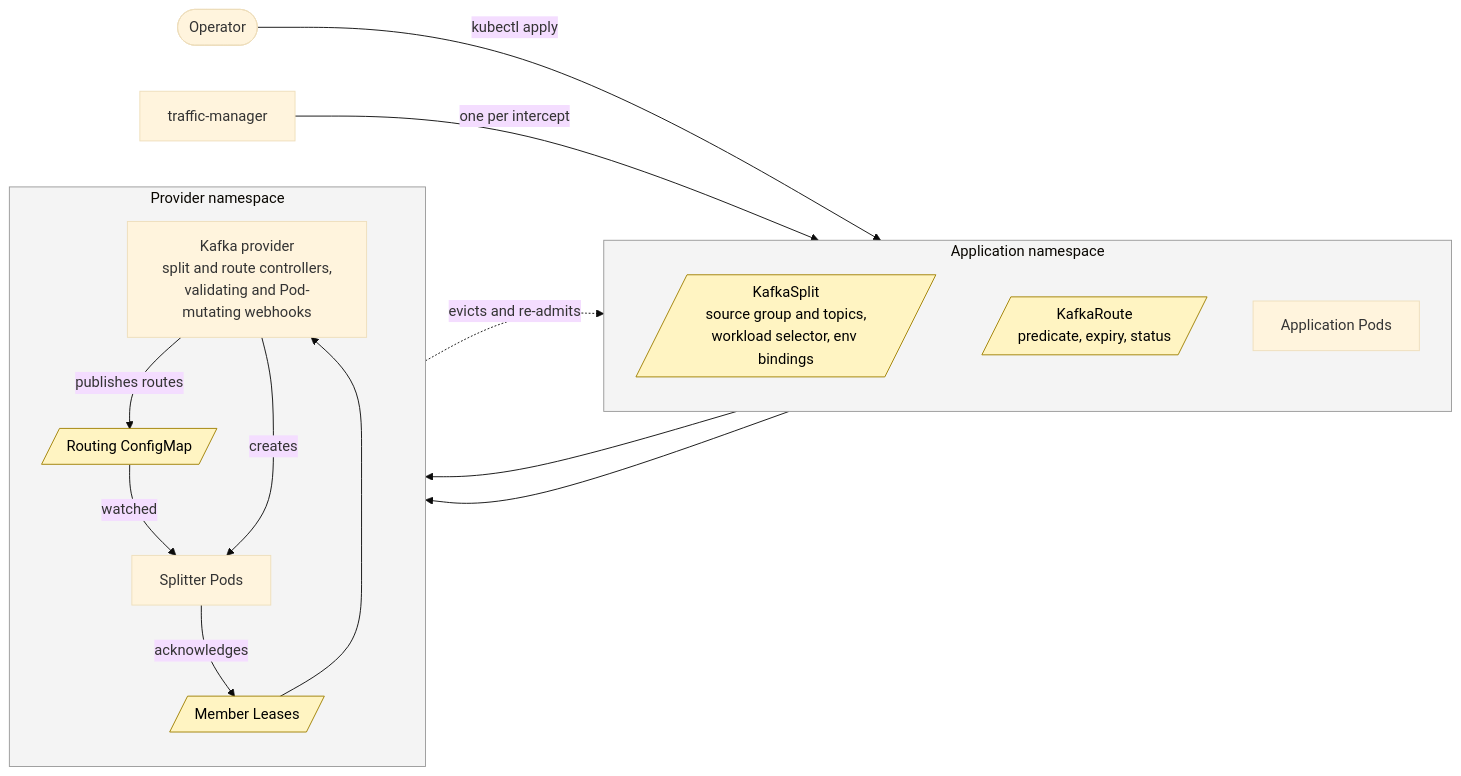
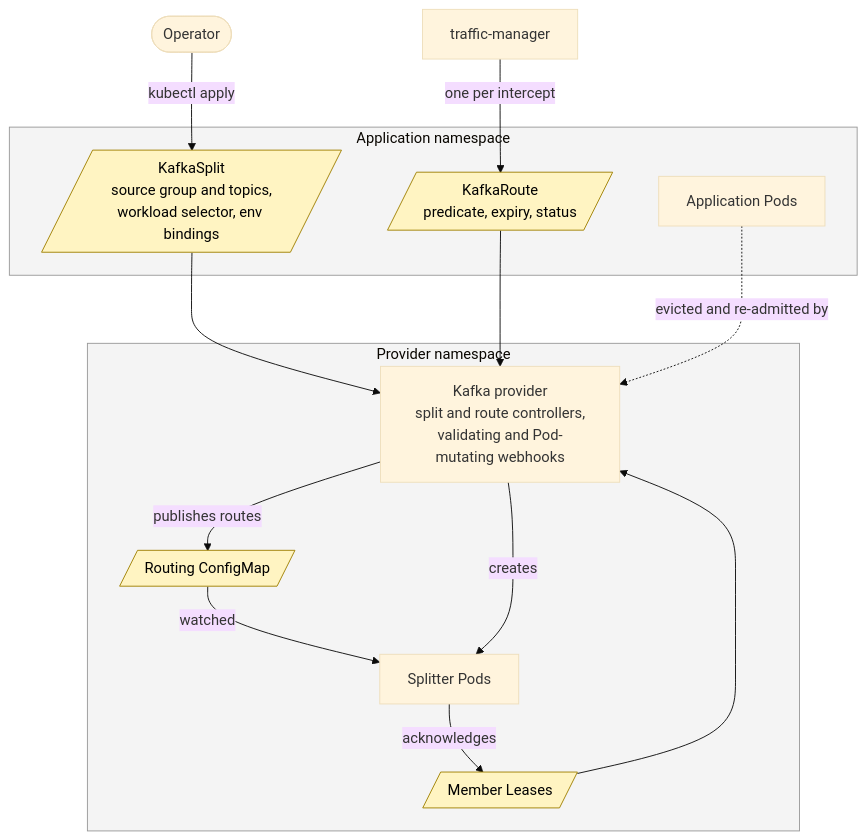
One commit to telepresenceio/telepresence changed the second of 5 diagrams in docs/concepts/kafka-intercepts.md. Above: the diagram before and after it, drawn with Mermaid (base theme). The commit also changed other lines of this file, not shown here.

Commit message:
Lay out the Kafka concept diagrams top-down

````diff
--- a/docs/concepts/kafka-intercepts.md
+++ b/docs/concepts/kafka-intercepts.md
@@ -56,33 +56,31 @@
 ```mermaid
-flowchart LR
+flowchart TB
   op([Operator]) -- "kubectl apply" --> split
   tm["traffic-manager"] -- "one per intercept" --> route
 
   subgraph appns["Application namespace"]
-    direction TB
-    app["Application Pods"]
     split[/"KafkaSplit<br/>source group and topics,<br/>workload selector, env bindings"/]
     route[/"KafkaRoute<br/>predicate, expiry, status"/]
+    app["Application Pods"]
   end
 
   subgraph provns["Provider namespace"]
-    direction TB
     prov["Kafka provider<br/>split and route controllers,<br/>validating and Pod-mutating webhooks"]
     cm[/"Routing ConfigMap"/]
     sts["Splitter Pods"]
     leases[/"Member Leases"/]
   end
 
   split --> prov
   route --> prov
   prov -- "publishes routes" --> cm
   cm -- "watched" --> sts
   prov -- "creates" --> sts
   sts -- "acknowledges" --> leases
   leases --> prov
-  prov -. "evicts and re-admits" .-> app
+  app -. "evicted and re-admitted by" .-> prov
   classDef resource fill:#fff4c2,stroke:#a08000,color:#000
   class split,route,cm,leases resource
   style appns fill:#f4f4f4,stroke:#999
   style provns fill:#f4f4f4,stroke:#999
 ```
````
